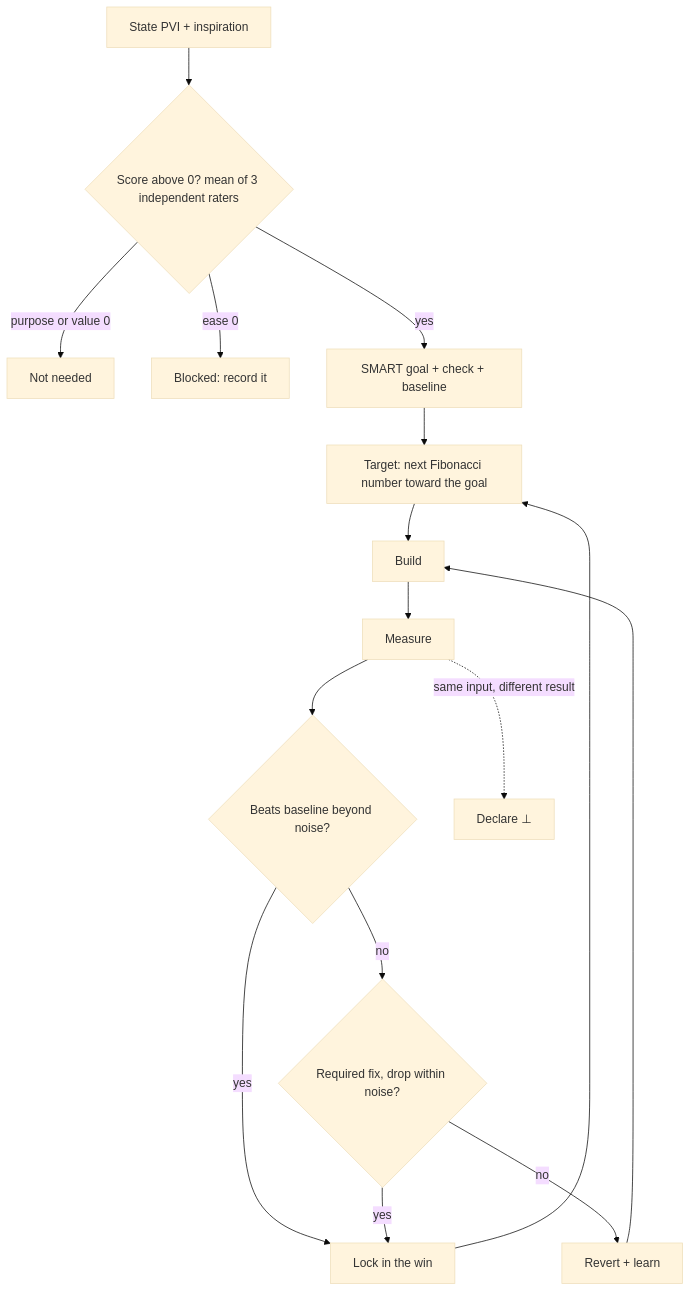
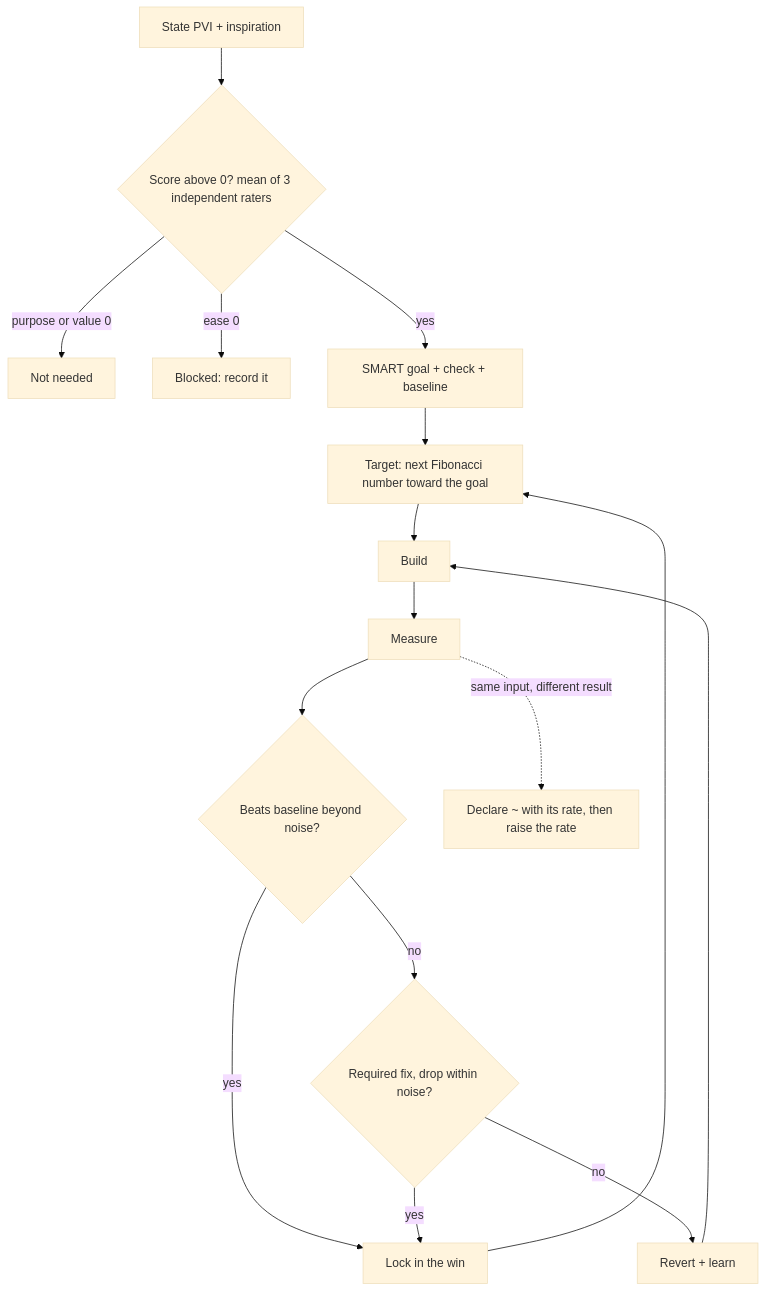
Before and after one commit to SolenixAI/arbiter: the seventh of 14 diagrams in AGENTS.md, drawn with Mermaid (base theme). The commit also changed other lines of this file, not shown here.

````diff
--- a/AGENTS.md
+++ b/AGENTS.md
@@ -297,14 +302,14 @@
 ```mermaid
 flowchart TD
   PV[State PVI + inspiration] --> S{Score above 0? mean of 3 independent raters}
   S -->|purpose or value 0| N[Not needed]
   S -->|ease 0| B[Blocked: record it]
   S -->|yes| G[SMART goal + check + baseline]
   G --> T[Target: next Fibonacci number toward the goal] --> BU[Build] --> M[Measure]
   M --> K{Beats baseline beyond noise?}
   K -->|yes| L[Lock in the win] --> T
   K -->|no| RF{Required fix, drop within noise?}
   RF -->|yes| L
   RF -->|no| R[Revert + learn] --> BU
-  M -.->|same input, different result| Z["Declare ⊥"]
+  M -.->|same input, different result| Z["Declare ~ with its rate, then raise the rate"]
 ```
````
